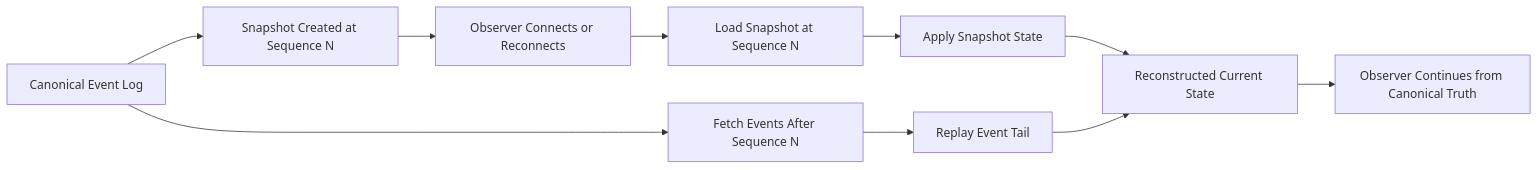
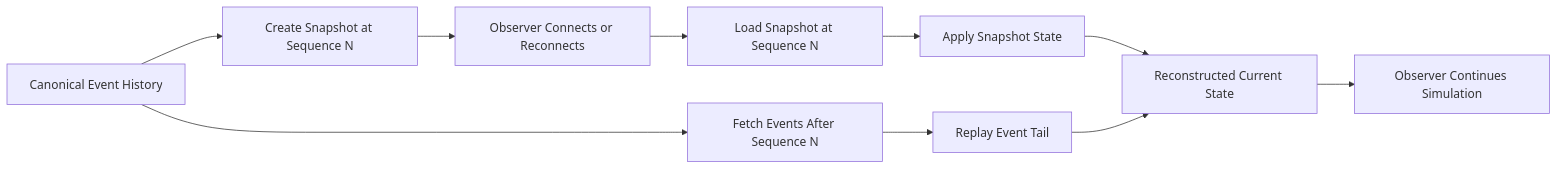
Before and after one commit to godofthunder101/crypsa-architecture: the diagram in diagrams/CrypSA_Snapshot_And_Replay.md, drawn with Mermaid. The commit also changed other lines of this file, not shown here.

First line of the commit message:
Revise CrypSA Snapshot and Replay documentation

`````diff
--- a/diagrams/CrypSA_Snapshot_And_Replay.md
+++ b/diagrams/CrypSA_Snapshot_And_Replay.md
@@ -12,18 +16,18 @@
 ```mermaid
 flowchart LR
 
-A[Canonical Event Log] --> B[Snapshot Created at Sequence N]
+A[Canonical Event History] --> B[Create Snapshot at Sequence N]
 
 B --> C[Observer Connects or Reconnects]
 C --> D[Load Snapshot at Sequence N]
 
 A --> E[Fetch Events After Sequence N]
+
 D --> F[Apply Snapshot State]
 E --> G[Replay Event Tail]
 
 F --> H[Reconstructed Current State]
 G --> H
 
-H --> I[Observer Continues from Canonical Truth]
-
-````
+H --> I[Observer Continues Simulation]
+```
`````
